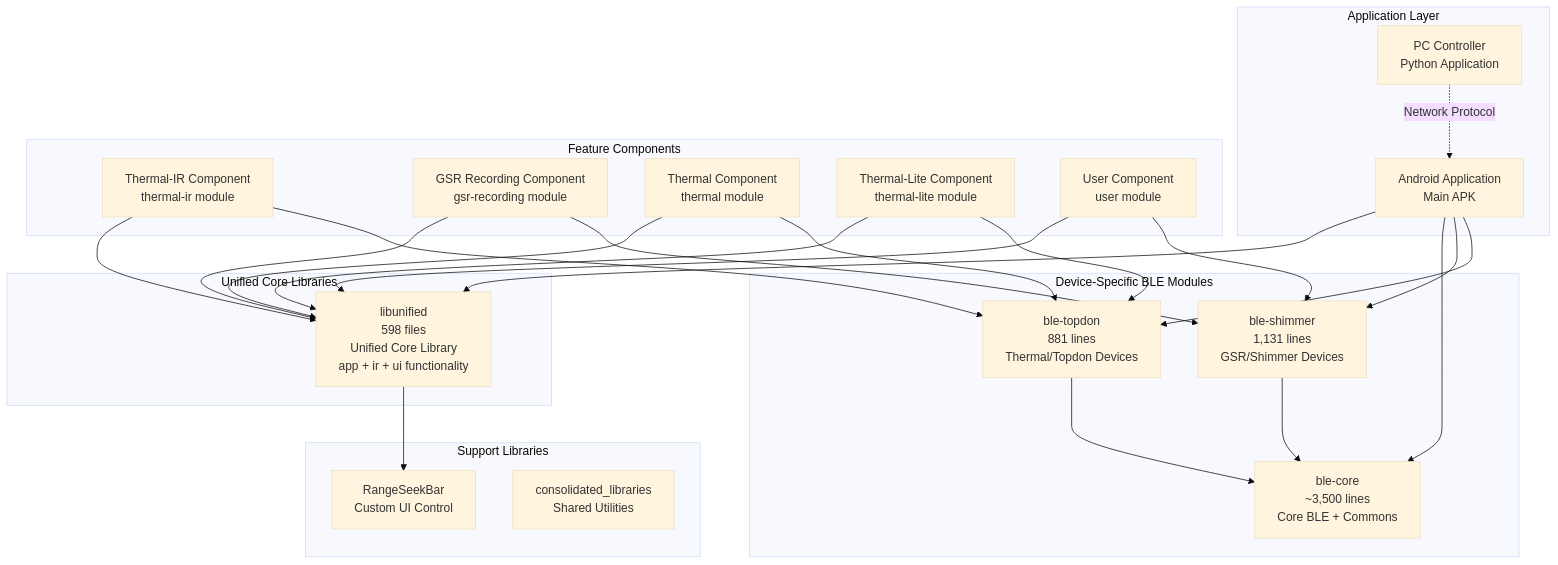
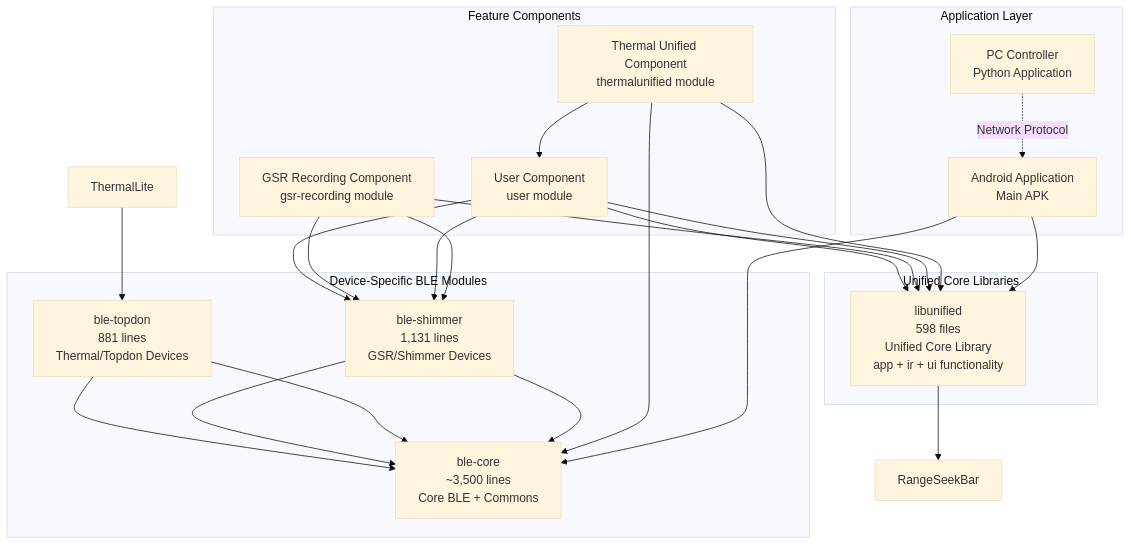
The third of 10 diagrams in MERMAID_DIAGRAMS.md (uclgsr/IRCamera), drawn with Mermaid (base theme) before and after one commit. The commit also changed other lines of this file and 3 other files, not shown here.

````diff
--- a/MERMAID_DIAGRAMS.md
+++ b/MERMAID_DIAGRAMS.md
@@ -7,62 +105,57 @@
 ```mermaid
 graph TB
     subgraph "Application Layer"
         App[Android Application<br/>Main APK]
         PCController[PC Controller<br/>Python Application]
     end
     
     subgraph "Feature Components"
-        ThermalIR[Thermal-IR Component<br/>thermal-ir module]
+        ThermalUnified[Thermal Unified Component<br/>thermalunified module]
         GSRRecording[GSR Recording Component<br/>gsr-recording module]
-        ThermalComponent[Thermal Component<br/>thermal module]
-        ThermalLite[Thermal-Lite Component<br/>thermal-lite module]
         UserComponent[User Component<br/>user module]
     end
     
     subgraph "Unified Core Libraries"
         LibUnified[libunified<br/>598 files<br/>Unified Core Library<br/>app + ir + ui functionality]
     end
     
     subgraph "Device-Specific BLE Modules"
         BLECore[ble-core<br/>~3,500 lines<br/>Core BLE + Commons]
         BLEShimmer[ble-shimmer<br/>1,131 lines<br/>GSR/Shimmer Devices]
         BLETopdon[ble-topdon<br/>881 lines<br/>Thermal/Topdon Devices]
     end
     
-    subgraph "Support Libraries"
-        RangeSeekBar[RangeSeekBar<br/>Custom UI Control]
-        ConsolidatedLibs[consolidated_libraries<br/>Shared Utilities]
-    end
-    
     %% Application Dependencies
     App --> LibUnified
     App --> BLECore
-    App --> BLEShimmer
-    App --> BLETopdon
     
-    %% Thermal Components -> Topdon BLE
-    ThermalIR --> LibUnified
-    ThermalIR --> BLETopdon
+    %% Component Dependencies
+    ThermalUnified --> LibUnified
+    ThermalUnified --> BLECore
+    ThermalUnified --> UserComponent
     
-    ThermalComponent --> LibUnified  
-    ThermalComponent --> BLETopdon
+    GSRRecording --> BLEShimmer
+    UserComponent --> LibUnified
+    UserComponent --> BLEShimmer
     
-    ThermalLite --> LibUnified
+    %% BLE Module Dependencies
+    BLEShimmer --> BLECore
+    BLETopdon --> BLECore
     ThermalLite --> BLETopdon
     
     %% GSR/User Components -> Shimmer BLE
     GSRRecording --> LibUnified
     GSRRecording --> BLEShimmer
     
     UserComponent --> LibUnified
     UserComponent --> BLEShimmer
     
     %% BLE Module Dependencies
     BLEShimmer --> BLECore
     BLETopdon --> BLECore
     
     %% Support Dependencies
     LibUnified --> RangeSeekBar
     
     PCController -.->|Network Protocol| App
 ```
````
